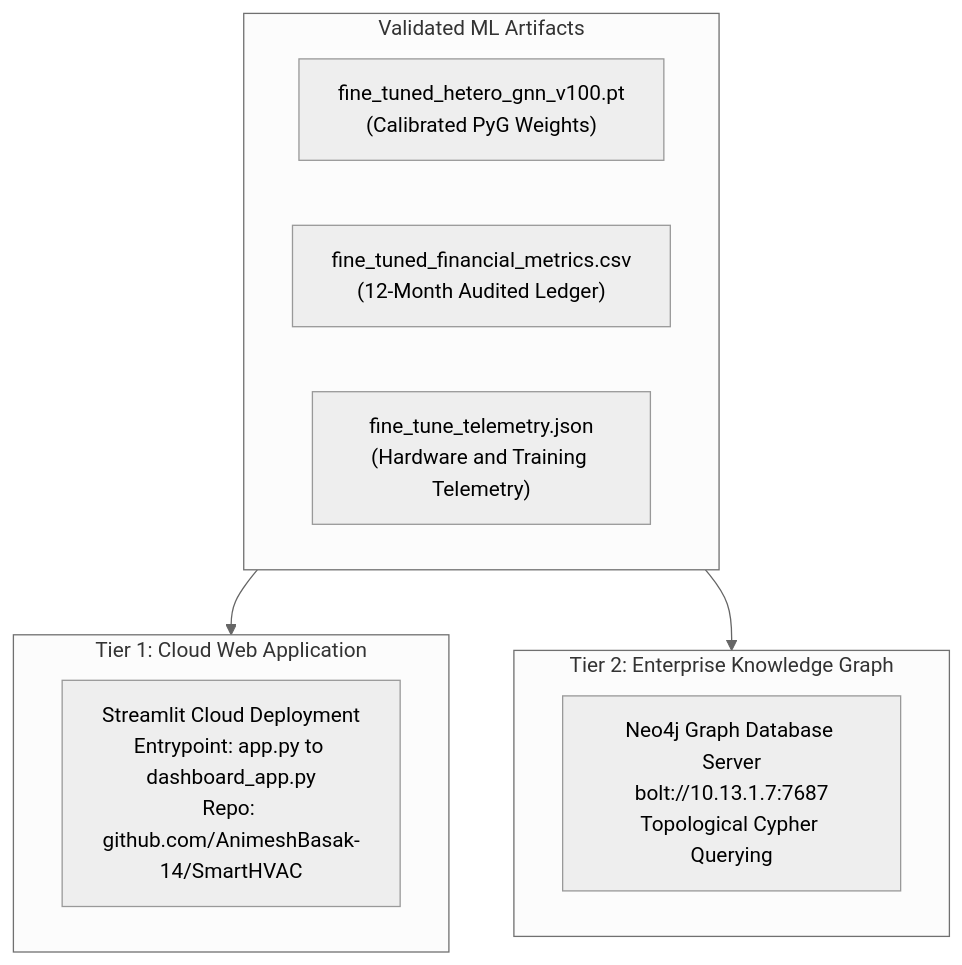
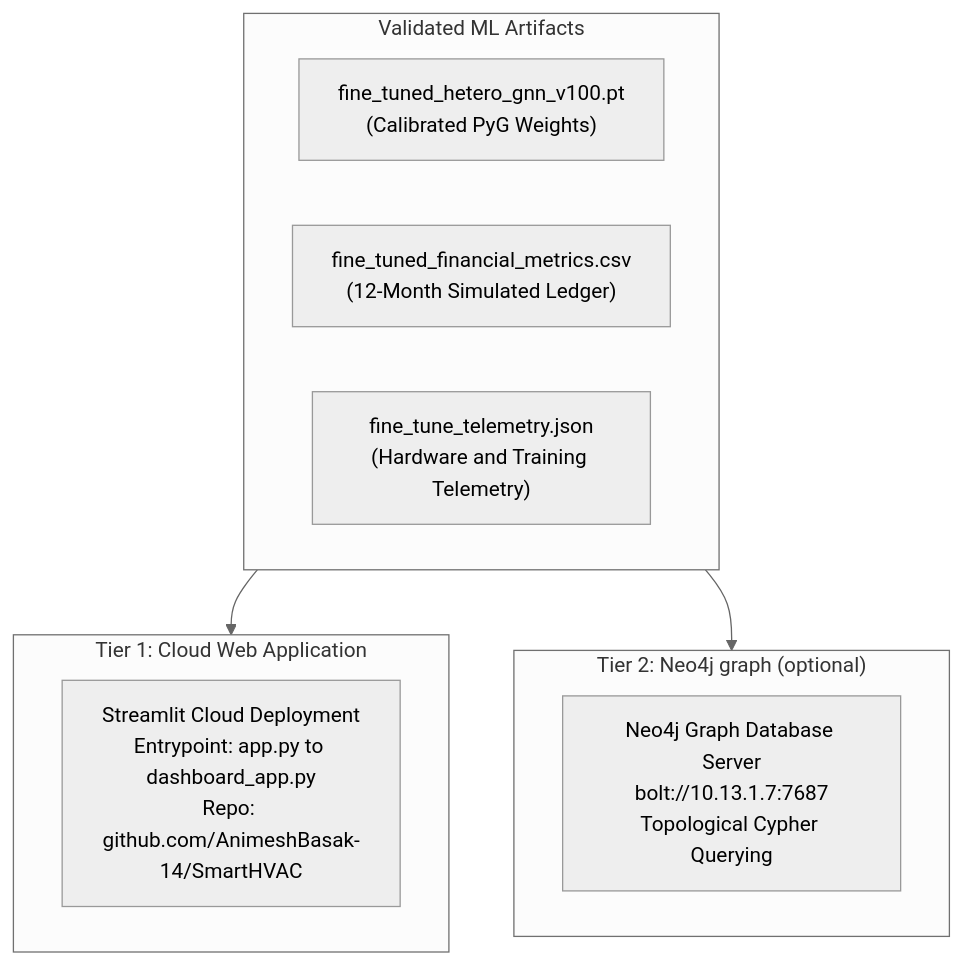
Before and after one commit to AnimeshBasak-14/SmartHVAC: the diagram in docs/ml_lifecycle/09_Model_Deployment.md, drawn with Mermaid (neutral theme). The commit also changed other lines of this file and 14 other files, not shown here.

````diff
--- a/docs/ml_lifecycle/09_Model_Deployment.md
+++ b/docs/ml_lifecycle/09_Model_Deployment.md
@@ -13,19 +13,19 @@
 ```mermaid
 flowchart TD
     subgraph Core_Artifacts["Validated ML Artifacts"]
         M1["fine_tuned_hetero_gnn_v100.pt<br>(Calibrated PyG Weights)"]
-        M2["fine_tuned_financial_metrics.csv<br>(12-Month Audited Ledger)"]
+        M2["fine_tuned_financial_metrics.csv<br>(12-Month Simulated Ledger)"]
         M3["fine_tune_telemetry.json<br>(Hardware and Training Telemetry)"]
     end
 
     subgraph Tier1["Tier 1: Cloud Web Application"]
         S1["Streamlit Cloud Deployment<br>Entrypoint: app.py to dashboard_app.py<br>Repo: github.com/AnimeshBasak-14/SmartHVAC"]
     end
 
-    subgraph Tier2["Tier 2: Enterprise Knowledge Graph"]
+    subgraph Tier2["Tier 2: Neo4j graph (optional)"]
         S3["Neo4j Graph Database Server<br>bolt://10.13.1.7:7687<br>Topological Cypher Querying"]
     end
 
     Core_Artifacts --> Tier1
     Core_Artifacts --> Tier2
 ```
````
